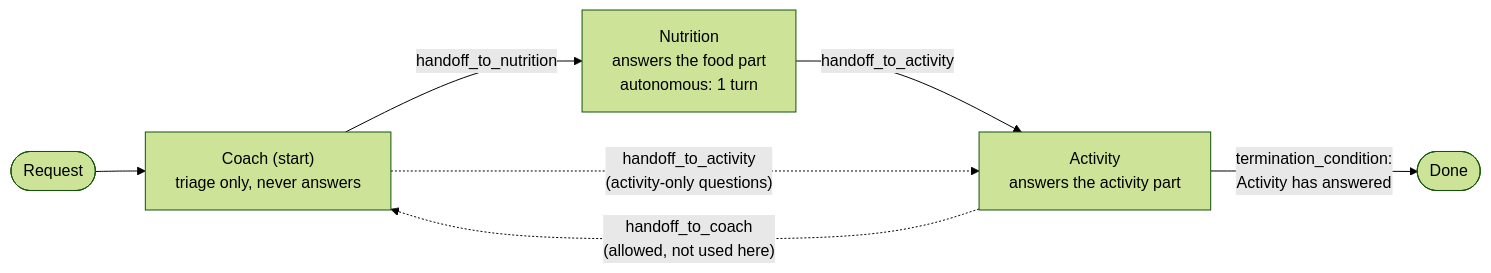
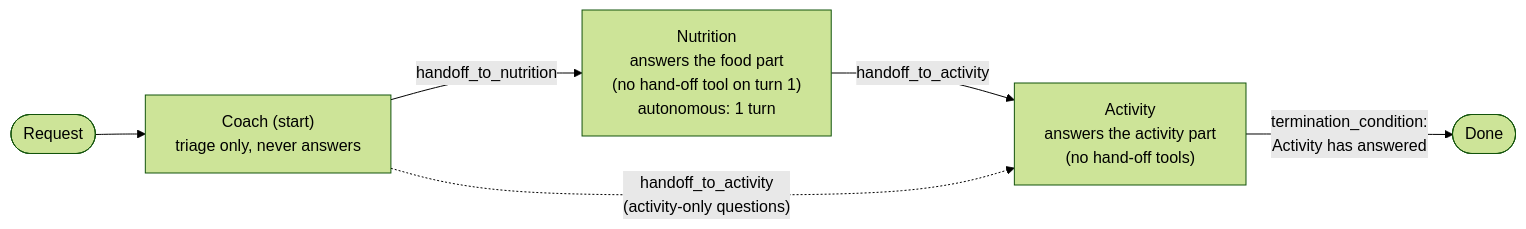
One commit to tonirex/livewell-foundry-workshop changed the third of 3 diagrams in content/labs/lab-04.md. Above: the diagram before and after it, drawn with Mermaid (forest theme). The commit also changed other lines of this file and 4 other files, not shown here.

First line of the commit message:
Lab 4 hand-off: Nutrition answers before handing off; Activity is the last stop

````diff
--- a/content/labs/lab-04.md
+++ b/content/labs/lab-04.md
@@ -149,9 +149,8 @@
 ```mermaid
 flowchart LR
   req(["Request"]) --> coach["Coach (start)<br/>triage only, never answers"]
-  coach -- "handoff_to_nutrition" --> nutrition["Nutrition<br/>answers the food part<br/>autonomous: 1 turn"]
-  nutrition -- "handoff_to_activity" --> activity["Activity<br/>answers the activity part"]
+  coach -- "handoff_to_nutrition" --> nutrition["Nutrition<br/>answers the food part<br/>(no hand-off tool on turn 1)<br/>autonomous: 1 turn"]
+  nutrition -- "handoff_to_activity" --> activity["Activity<br/>answers the activity part<br/>(no hand-off tools)"]
   activity -- "termination_condition:<br/>Activity has answered" --> done(["Done"])
   coach -. "handoff_to_activity<br/>(activity-only questions)" .-> activity
-  activity -. "handoff_to_coach<br/>(allowed, not used here)" .-> coach
 ```
````
